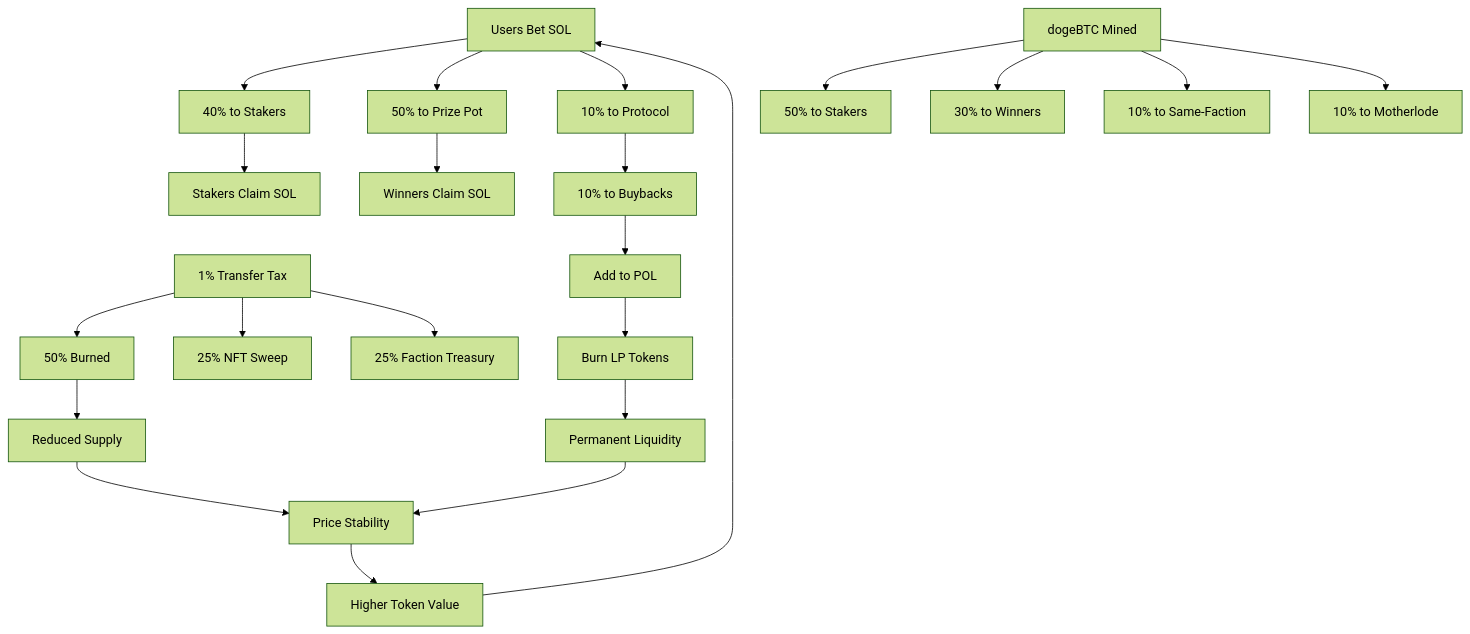
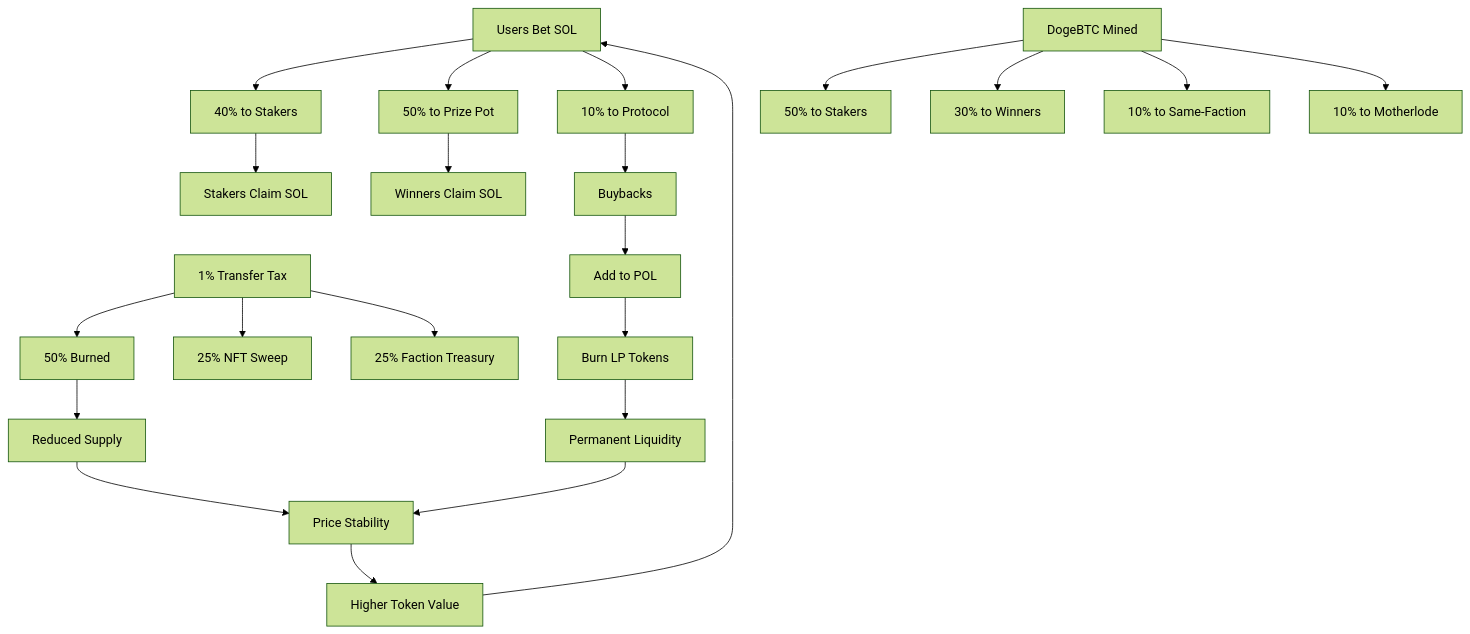
Before and after one commit to LifeOrDream/MineBtc-fi: the diagram in Readme.md, drawn with Mermaid (forest theme). The commit also changed other lines of this file and 4 other files, not shown here.

````diff
--- a/Readme.md
+++ b/Readme.md
@@ -133,30 +180,30 @@
 ```mermaid
 graph TD
     A[Users Bet SOL] --> B[40% to Stakers]
     A --> C[50% to Prize Pot]
     A --> D[10% to Protocol]
 
     C --> E[Winners Claim SOL]
     B --> F[Stakers Claim SOL]
 
-    G[dogeBTC Mined] --> H[50% to Stakers]
+    G[DogeBTC Mined] --> H[50% to Stakers]
     G --> I[30% to Winners]
     G --> J[10% to Same-Faction]
     G --> K[10% to Motherlode]
 
     L[1% Transfer Tax] --> M[50% Burned]
     L --> N[25% NFT Sweep]
     L --> O[25% Faction Treasury]
 
-    D --> P[10% to Buybacks]
+    D --> P[Buybacks]
     P --> Q[Add to POL]
     Q --> R[Burn LP Tokens]
 
     R --> S[Permanent Liquidity]
     M --> T[Reduced Supply]
 
     S --> U[Price Stability]
     T --> U
     U --> V[Higher Token Value]
     V --> A
 ```
````
